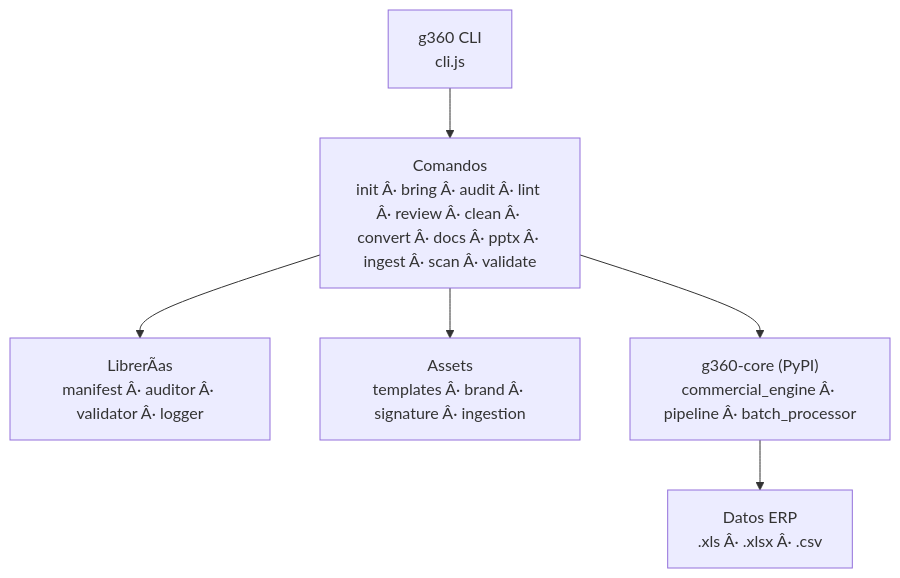
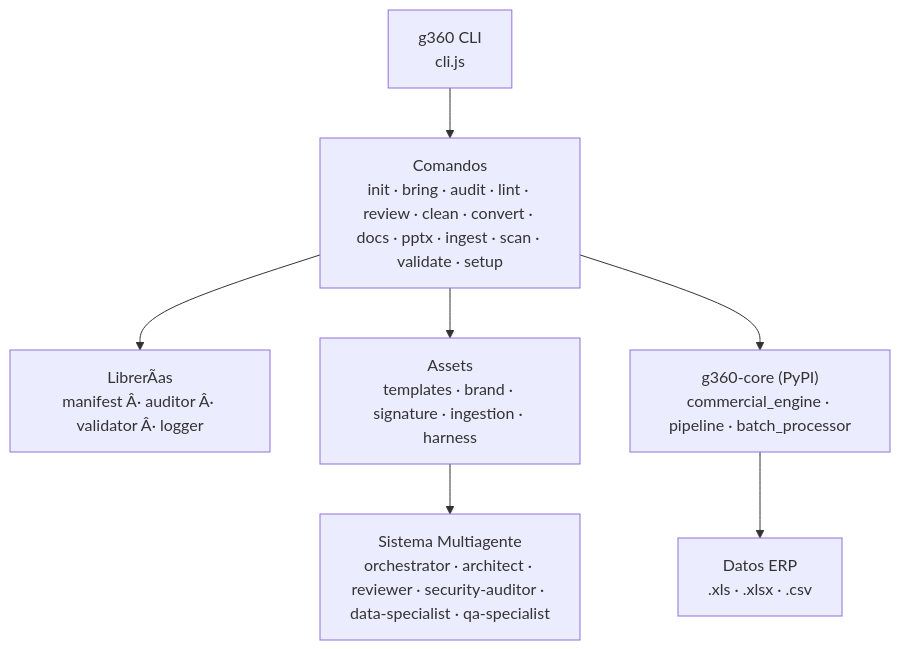
One commit to carloscus/g360-cli changed the diagram in README.md. Above: the diagram before and after it, drawn with Mermaid. The commit also changed other lines of this file, not shown here.

First line of the commit message:
docs: actualizar README con sistema multiagente y v1.20.4

````diff
--- a/README.md
+++ b/README.md
@@ -16,15 +16,17 @@
 ```mermaid
 flowchart TD
     CLI["g360 CLI<br/>cli.js"]
-    CMD["Comandos<br/>init Â· bring Â· audit Â· lint Â· review Â· clean Â· convert Â· docs Â· pptx Â· ingest Â· scan Â· validate"]
+    CMD["Comandos<br/>init · bring · audit · lint · review · clean · convert · docs · pptx · ingest · scan · validate · setup"]
     LIB["LibrerÃ­as<br/>manifest Â· auditor Â· validator Â· logger"]
-    ASSETS["Assets<br/>templates Â· brand Â· signature Â· ingestion"]
-    PY["g360-core (PyPI)<br/>commercial_engine Â· pipeline Â· batch_processor"]
-    ERP["Datos ERP<br/>.xls Â· .xlsx Â· .csv"]
+    ASSETS["Assets<br/>templates · brand · signature · ingestion · harness"]
+    PY["g360-core (PyPI)<br/>commercial_engine · pipeline · batch_processor"]
+    ERP["Datos ERP<br/>.xls · .xlsx · .csv"]
+    IA["Sistema Multiagente<br/>orchestrator · architect · reviewer · security-auditor · data-specialist · qa-specialist"]
 
     CLI --> CMD
     CMD --> LIB
     CMD --> ASSETS
     CMD --> PY
     PY --> ERP
+    ASSETS --> IA
 ```
````
